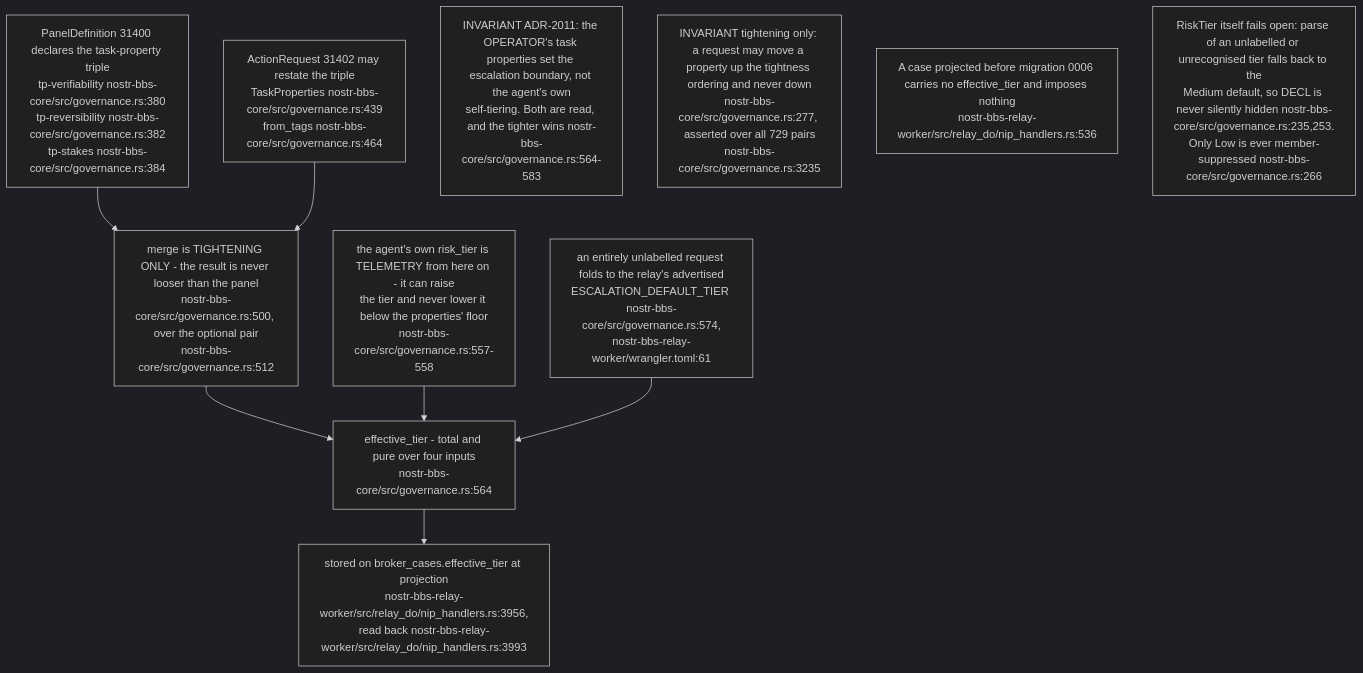
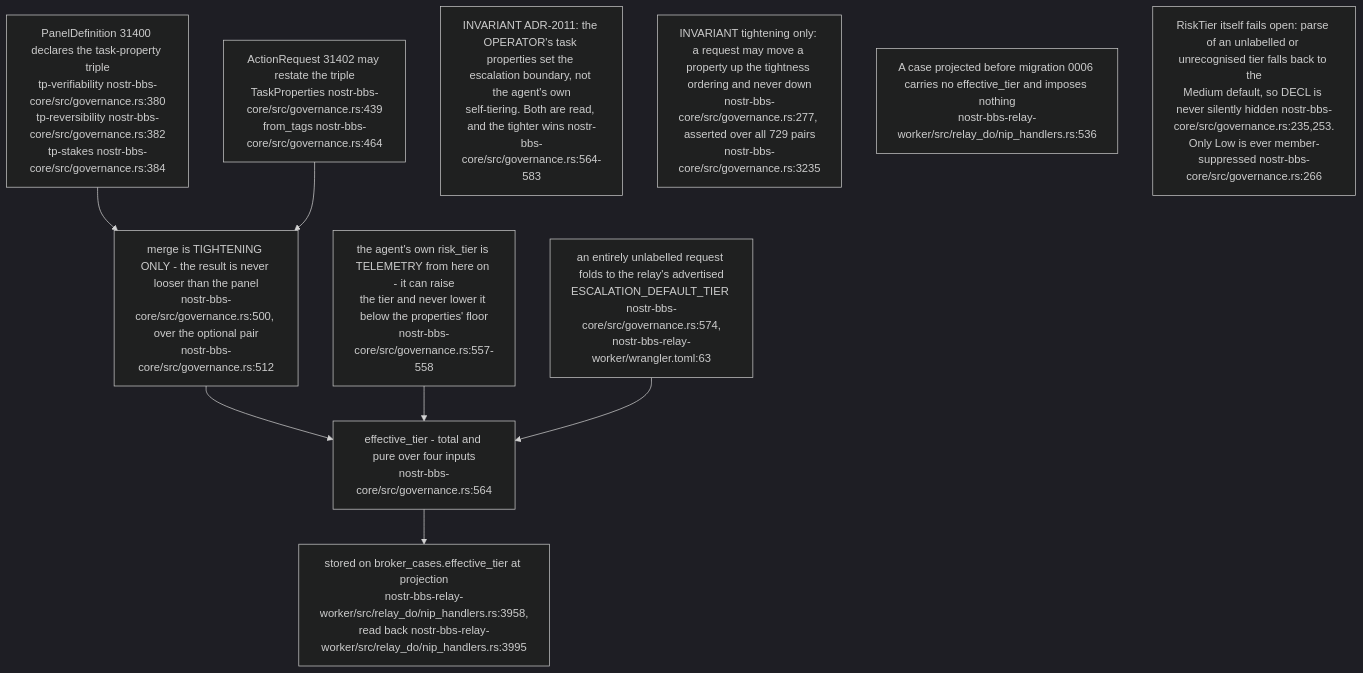
The tenth of 18 diagrams in docs/diagrams/nostr-rust-forum/06-agent-control-surface-31400-31405.md (DreamLab-AI/VisionFlow), drawn with Mermaid (dark theme) before and after one commit. The commit also changed other lines of this file and 11 other files, not shown here.

````diff
--- a/docs/diagrams/nostr-rust-forum/06-agent-control-surface-31400-31405.md
+++ b/docs/diagrams/nostr-rust-forum/06-agent-control-surface-31400-31405.md
@@ -304,22 +304,22 @@
 ```mermaid
 flowchart TB
     PANEL["PanelDefinition 31400 declares the task-property triple<br/>tp-verifiability nostr-bbs-core/src/governance.rs:380<br/>tp-reversibility nostr-bbs-core/src/governance.rs:382<br/>tp-stakes nostr-bbs-core/src/governance.rs:384"]
     REQUEST["ActionRequest 31402 may restate the triple<br/>TaskProperties nostr-bbs-core/src/governance.rs:439<br/>from_tags nostr-bbs-core/src/governance.rs:464"]
     MERGE["merge is TIGHTENING ONLY - the result is never looser than the panel<br/>nostr-bbs-core/src/governance.rs:500, over the optional pair<br/>nostr-bbs-core/src/governance.rs:512"]
     TIER["effective_tier - total and pure over four inputs<br/>nostr-bbs-core/src/governance.rs:564"]
     DECL["the agent's own risk_tier is TELEMETRY from here on - it can raise<br/>the tier and never lower it below the properties' floor<br/>nostr-bbs-core/src/governance.rs:557-558"]
-    DEF["an entirely unlabelled request folds to the relay's advertised<br/>ESCALATION_DEFAULT_TIER nostr-bbs-core/src/governance.rs:574,<br/>nostr-bbs-relay-worker/wrangler.toml:61"]
-    STORE["stored on broker_cases.effective_tier at projection<br/>nostr-bbs-relay-worker/src/relay_do/nip_handlers.rs:3956,<br/>read back nostr-bbs-relay-worker/src/relay_do/nip_handlers.rs:3993"]
+    DEF["an entirely unlabelled request folds to the relay's advertised<br/>ESCALATION_DEFAULT_TIER nostr-bbs-core/src/governance.rs:574,<br/>nostr-bbs-relay-worker/wrangler.toml:63"]
+    STORE["stored on broker_cases.effective_tier at projection<br/>nostr-bbs-relay-worker/src/relay_do/nip_handlers.rs:3958,<br/>read back nostr-bbs-relay-worker/src/relay_do/nip_handlers.rs:3995"]
 
     PANEL --> MERGE
     REQUEST --> MERGE
     MERGE --> TIER
     DECL --> TIER
     DEF --> TIER
     TIER --> STORE
 
     N1["INVARIANT ADR-2011: the OPERATOR's task properties set the escalation boundary, not the agent's own<br/>self-tiering. Both are read, and the tighter wins nostr-bbs-core/src/governance.rs:564-583"]
     N2["INVARIANT tightening only: a request may move a property up the tightness ordering and never down<br/>nostr-bbs-core/src/governance.rs:277, asserted over all 729 pairs<br/>nostr-bbs-core/src/governance.rs:3235"]
     N3["A case projected before migration 0006 carries no effective_tier and imposes nothing<br/>nostr-bbs-relay-worker/src/relay_do/nip_handlers.rs:536"]
     N4["RiskTier itself fails open: parse of an unlabelled or unrecognised tier falls back to the<br/>Medium default, so DECL is never silently hidden nostr-bbs-core/src/governance.rs:235,253.<br/>Only Low is ever member-suppressed nostr-bbs-core/src/governance.rs:266"]
 ```
````
